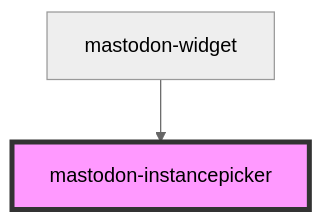
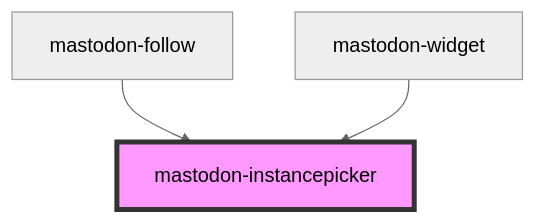
Before and after one commit to splitbrain/mastodon-widget: the diagram in src/components/mastodon-instancepicker/readme.md, drawn with Mermaid (neutral theme). The commit also changed other lines of this file and 11 other files, not shown here.

````diff
--- a/src/components/mastodon-instancepicker/readme.md
+++ b/src/components/mastodon-instancepicker/readme.md
@@ -59,5 +53,6 @@
 ```mermaid
 graph TD;
+  mastodon-follow --> mastodon-instancepicker
   mastodon-widget --> mastodon-instancepicker
   style mastodon-instancepicker fill:#f9f,stroke:#333,stroke-width:4px
 ```
````
